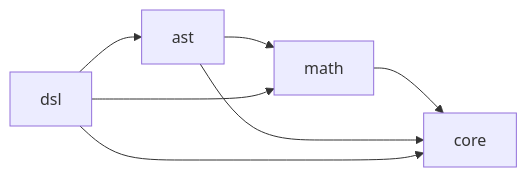
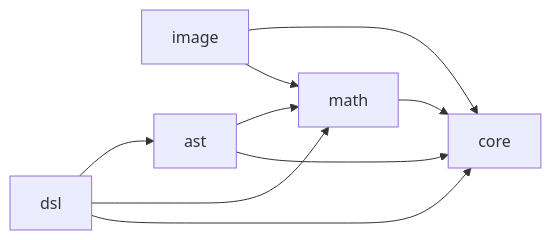
Before and after one commit to CoronaEngine/Horizon: the third of 3 diagrams in docs/architecture/overview.md, drawn with Mermaid. The commit also changed other lines of this file and 18 other files, not shown here.

````diff
--- a/docs/architecture/overview.md
+++ b/docs/architecture/overview.md
@@ -190,14 +205,17 @@
 ```mermaid
 flowchart LR
     Core[core]
     Math[math]
+    Image[image]
     AST[ast]
     DSL[dsl]
 
     Math --> Core
+    Image --> Math
+    Image --> Core
     AST --> Core
     AST --> Math
     DSL --> Core
     DSL --> Math
     DSL --> AST
 ```
````
